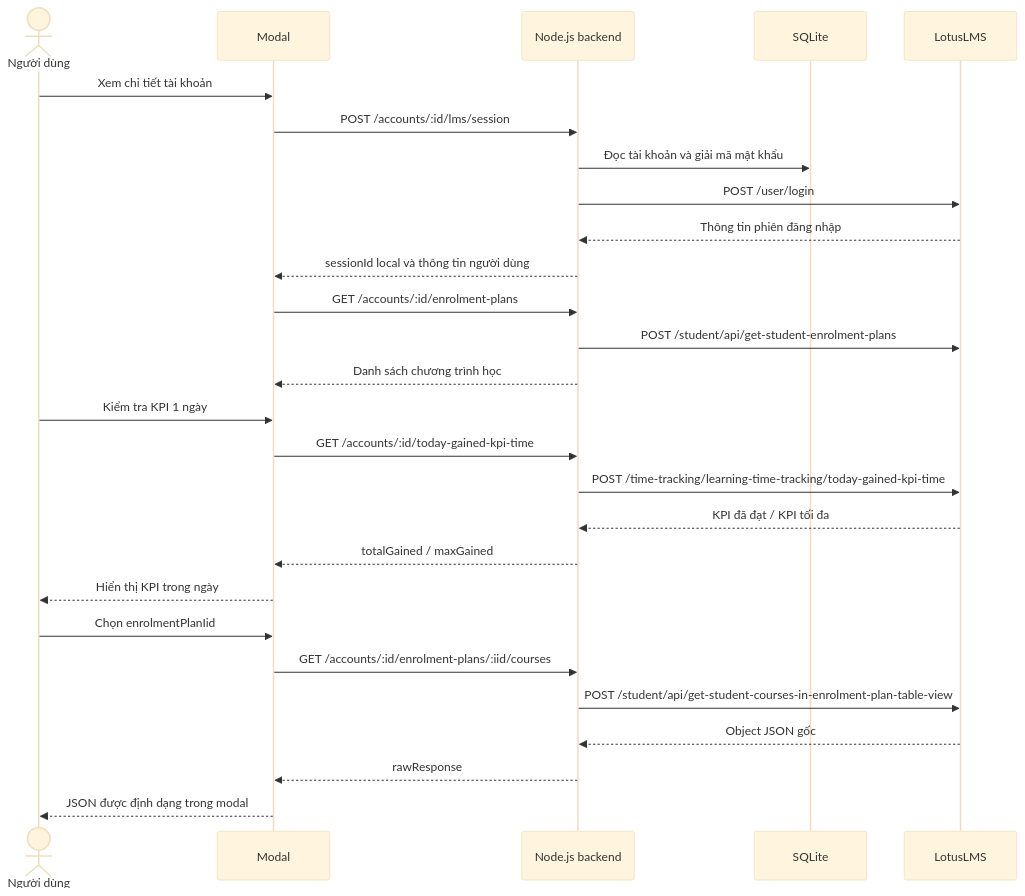
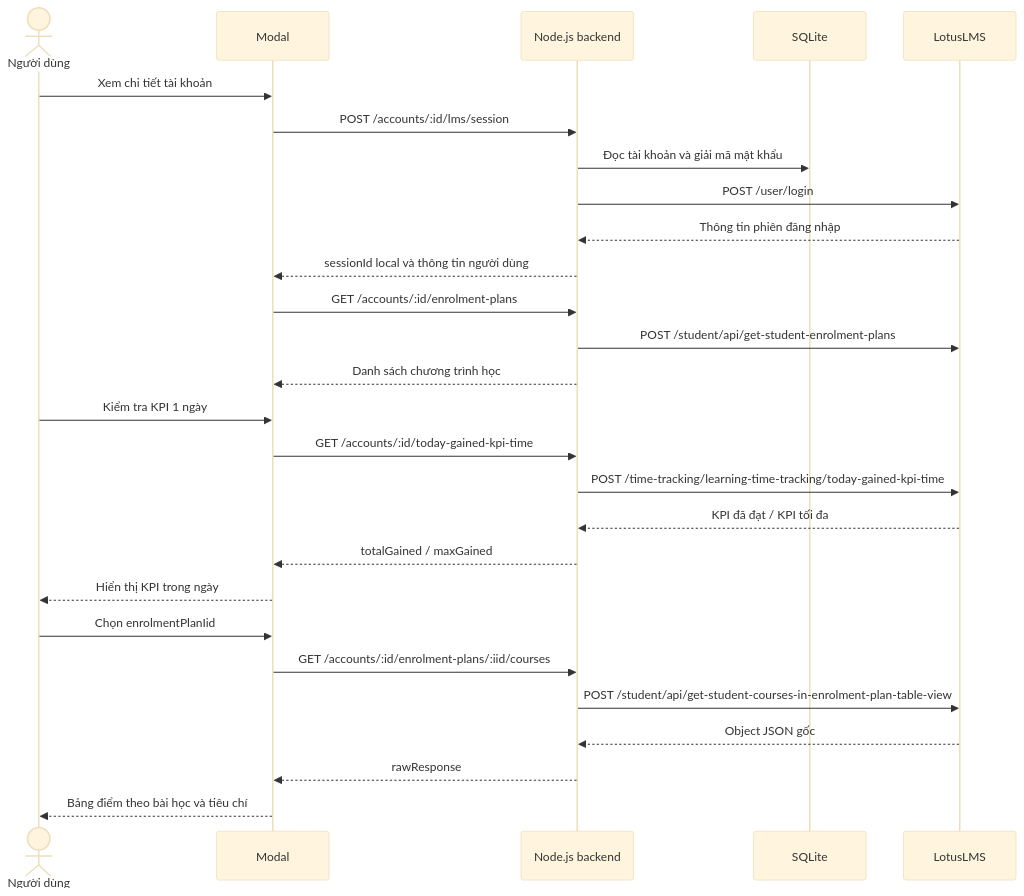
One commit to buigiayen/auto_lms changed the diagram in client/docs/FEATURES.md. Above: the diagram before and after it, drawn with Mermaid (base theme). The commit also changed other lines of this file and 8 other files, not shown here.

````diff
--- a/client/docs/FEATURES.md
+++ b/client/docs/FEATURES.md
@@ -151,29 +152,29 @@
 ```mermaid
 sequenceDiagram
     actor User as Người dùng
     participant UI as Modal
     participant API as Node.js backend
     participant DB as SQLite
     participant LMS as LotusLMS
     User->>UI: Xem chi tiết tài khoản
     UI->>API: POST /accounts/:id/lms/session
     API->>DB: Đọc tài khoản và giải mã mật khẩu
     API->>LMS: POST /user/login
     LMS-->>API: Thông tin phiên đăng nhập
     API-->>UI: sessionId local và thông tin người dùng
     UI->>API: GET /accounts/:id/enrolment-plans
     API->>LMS: POST /student/api/get-student-enrolment-plans
     API-->>UI: Danh sách chương trình học
     User->>UI: Kiểm tra KPI 1 ngày
     UI->>API: GET /accounts/:id/today-gained-kpi-time
     API->>LMS: POST /time-tracking/learning-time-tracking/today-gained-kpi-time
     LMS-->>API: KPI đã đạt / KPI tối đa
     API-->>UI: totalGained / maxGained
     UI-->>User: Hiển thị KPI trong ngày
     User->>UI: Chọn enrolmentPlanIid
     UI->>API: GET /accounts/:id/enrolment-plans/:iid/courses
     API->>LMS: POST /student/api/get-student-courses-in-enrolment-plan-table-view
     LMS-->>API: Object JSON gốc
     API-->>UI: rawResponse
-    UI-->>User: JSON được định dạng trong modal
+    UI-->>User: Bảng điểm theo bài học và tiêu chí
 ```
````
